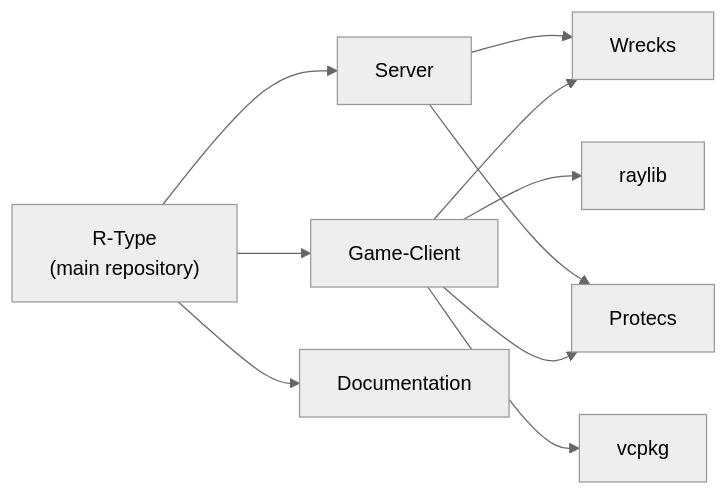
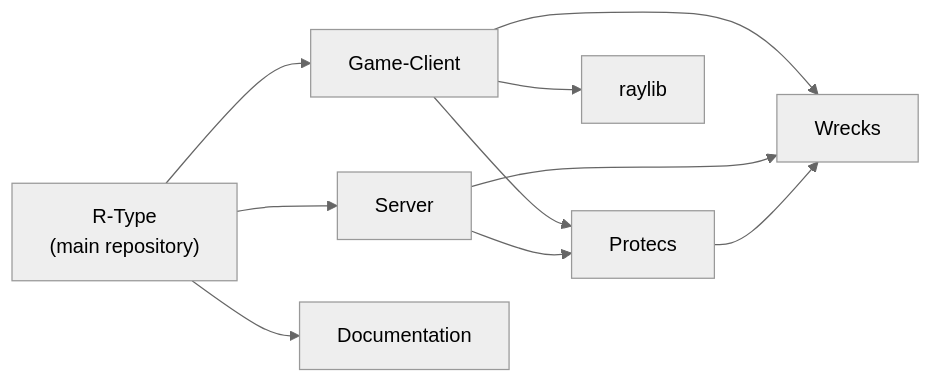
One commit to Space-Type/Documentation changed the fifth of 5 diagrams in docs/architecture.md. Above: the diagram before and after it, drawn with Mermaid (neutral theme). The commit also changed other lines of this file, not shown here.

Commit message:
docs(architecture): describe the threads, the ticks and the systems

````diff
--- a/docs/architecture.md
+++ b/docs/architecture.md
@@ -84,21 +169,20 @@
 ```mermaid
 flowchart LR
     RType["R-Type<br/>(main repository)"]
     Client["Game-Client"]
     Server["Server"]
     Docs["Documentation"]
     Wrecks["Wrecks"]
     Protecs["Protecs"]
     Raylib["raylib"]
-    Vcpkg["vcpkg"]
 
     RType --> Client
     RType --> Server
     RType --> Docs
     Client --> Wrecks
     Client --> Protecs
     Client --> Raylib
-    Client --> Vcpkg
     Server --> Wrecks
     Server --> Protecs
+    Protecs --> Wrecks
 ```
````
